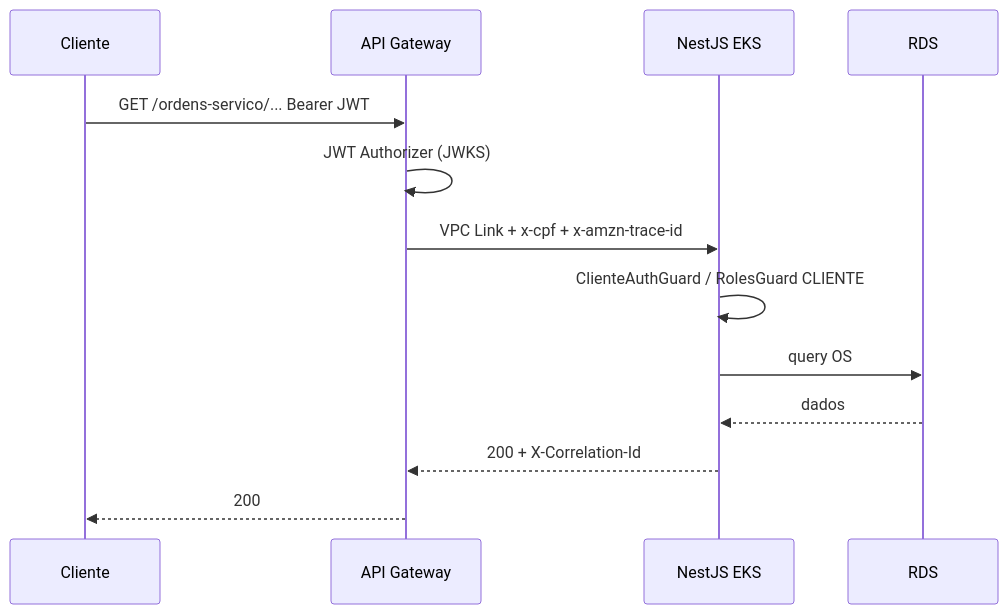
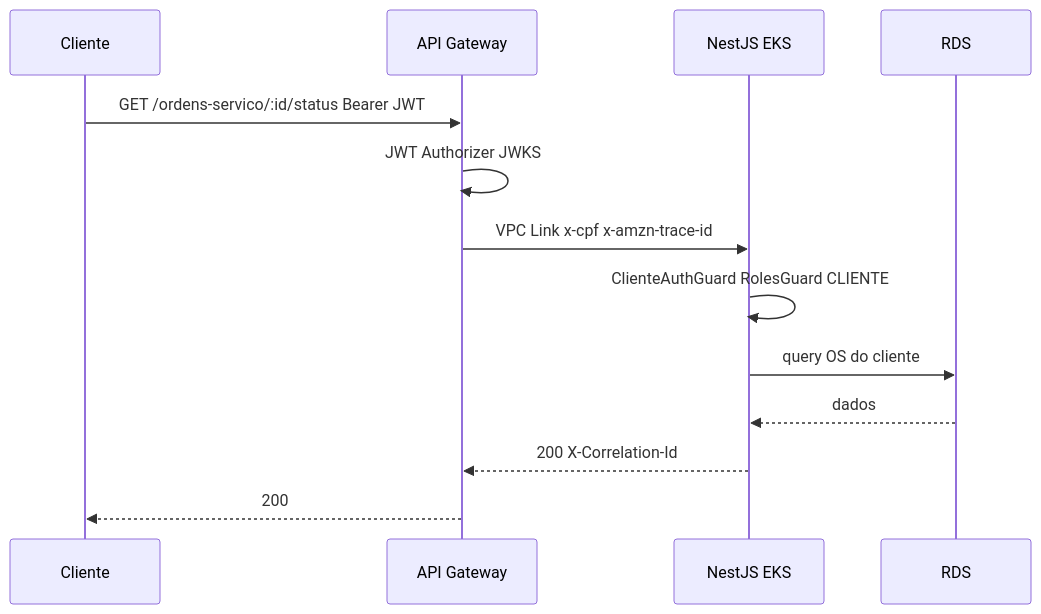
One commit to dinhogt/autoservicemanager-app changed the fourth of 5 diagrams in docs/architecture/diagrams-fase3.md. Above: the diagram before and after it, drawn with Mermaid. The commit also changed other lines of this file and 6 other files, not shown here.

Commit message:
docs(fase3): close rubric gaps — diagrams, ADR-011, ER, delivery-index

````diff
--- a/docs/architecture/diagrams-fase3.md
+++ b/docs/architecture/diagrams-fase3.md
@@ -49,15 +116,15 @@
 ```mermaid
 sequenceDiagram
   participant C as Cliente
   participant G as API Gateway
   participant A as NestJS EKS
   participant D as RDS
-  C->>G: GET /ordens-servico/... Bearer JWT
-  G->>G: JWT Authorizer (JWKS)
-  G->>A: VPC Link + x-cpf + x-amzn-trace-id
-  A->>A: ClienteAuthGuard / RolesGuard CLIENTE
-  A->>D: query OS
+  C->>G: GET /ordens-servico/:id/status Bearer JWT
+  G->>G: JWT Authorizer JWKS
+  G->>A: VPC Link x-cpf x-amzn-trace-id
+  A->>A: ClienteAuthGuard RolesGuard CLIENTE
+  A->>D: query OS do cliente
   D-->>A: dados
-  A-->>G: 200 + X-Correlation-Id
+  A-->>G: 200 X-Correlation-Id
   G-->>C: 200
 ```
````
